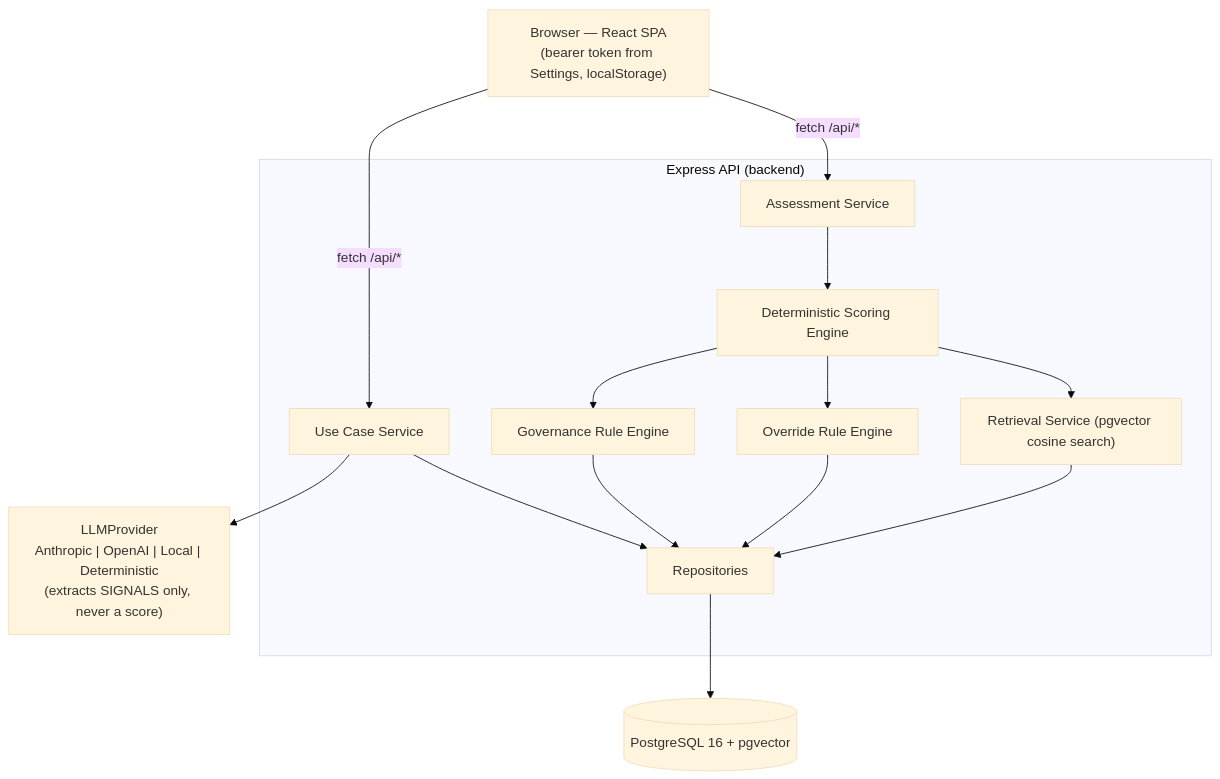
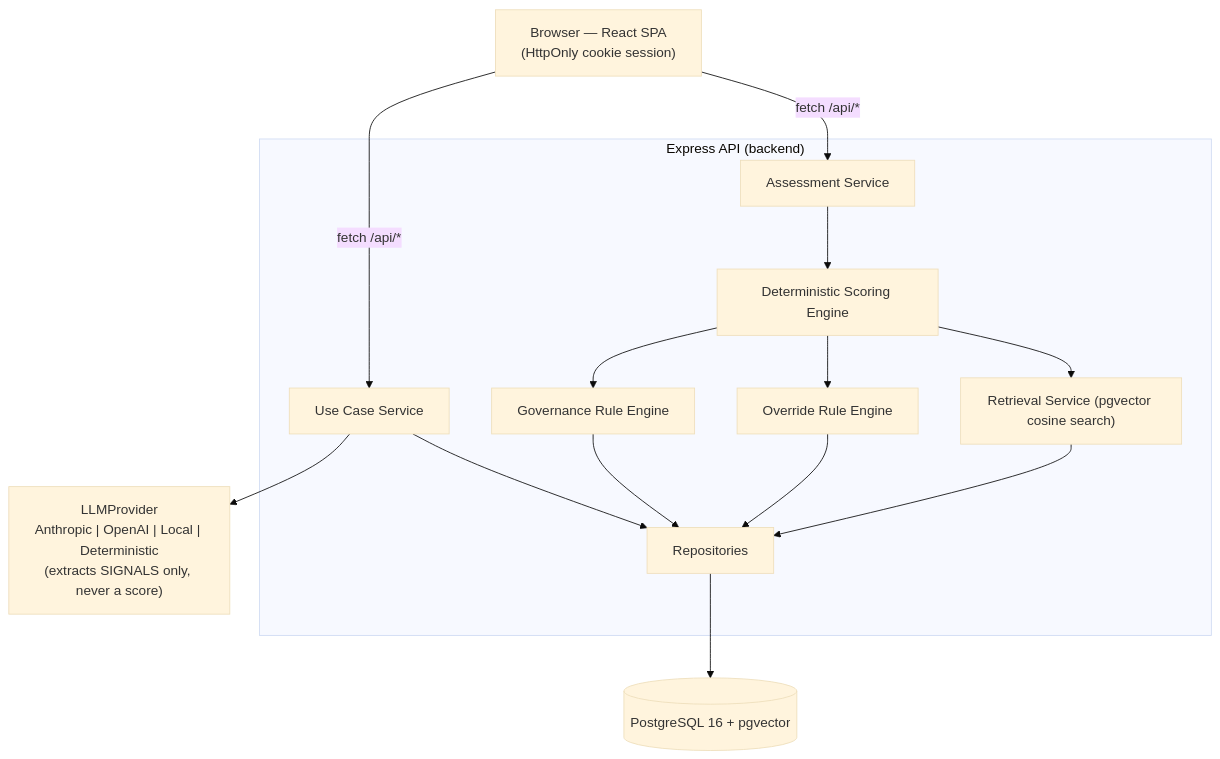
One commit to Anamika-Singh1/AI-Governance-and-Assessment-Platform changed the diagram in ai-gov-assessment/docs/architecture.md. Above: the diagram before and after it, drawn with Mermaid (base theme). The commit also changed other lines of this file and 78 other files, not shown here.

````diff
--- a/ai-gov-assessment/docs/architecture.md
+++ b/ai-gov-assessment/docs/architecture.md
@@ -11,31 +11,31 @@
 ```mermaid
 flowchart TB
-    Browser["Browser — React SPA\n(bearer token from Settings, localStorage)"]
+    Browser["Browser — React SPA\n(HttpOnly cookie session)"]
 
     subgraph Backend["Express API (backend)"]
         UCS["Use Case Service"]
         AS["Assessment Service"]
         SE["Deterministic Scoring Engine"]
         GRE["Governance Rule Engine"]
         ORE["Override Rule Engine"]
         RS["Retrieval Service (pgvector cosine search)"]
         Repo["Repositories"]
     end
 
     LLM["LLMProvider\nAnthropic | OpenAI | Local | Deterministic\n(extracts SIGNALS only, never a score)"]
 
     DB[("PostgreSQL 16 + pgvector")]
 
     Browser -- "fetch /api/*" --> UCS
     Browser -- "fetch /api/*" --> AS
     UCS --> LLM
     UCS --> Repo
     AS --> SE
     SE --> GRE
     SE --> ORE
     SE --> RS
     GRE --> Repo
     ORE --> Repo
     RS --> Repo
     Repo --> DB
 ```
````
